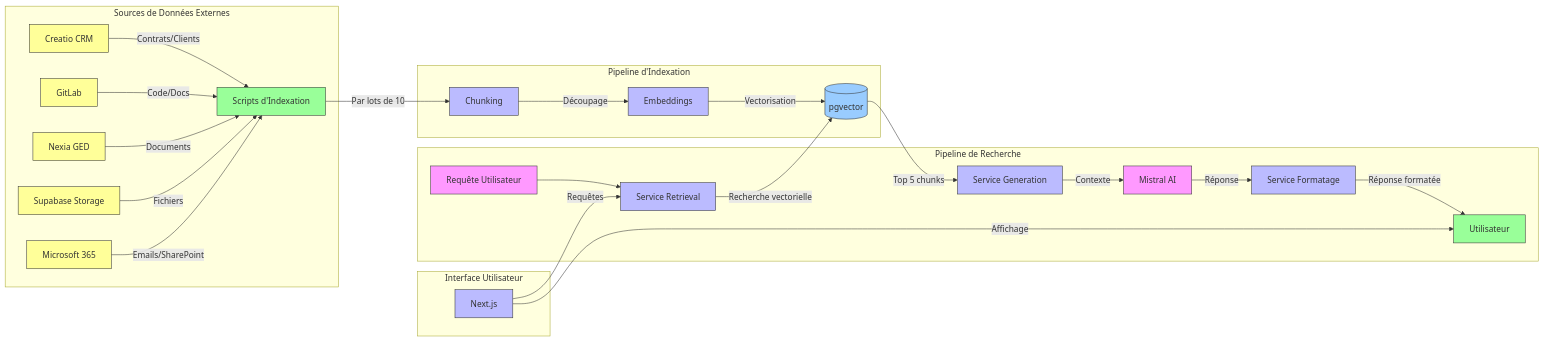
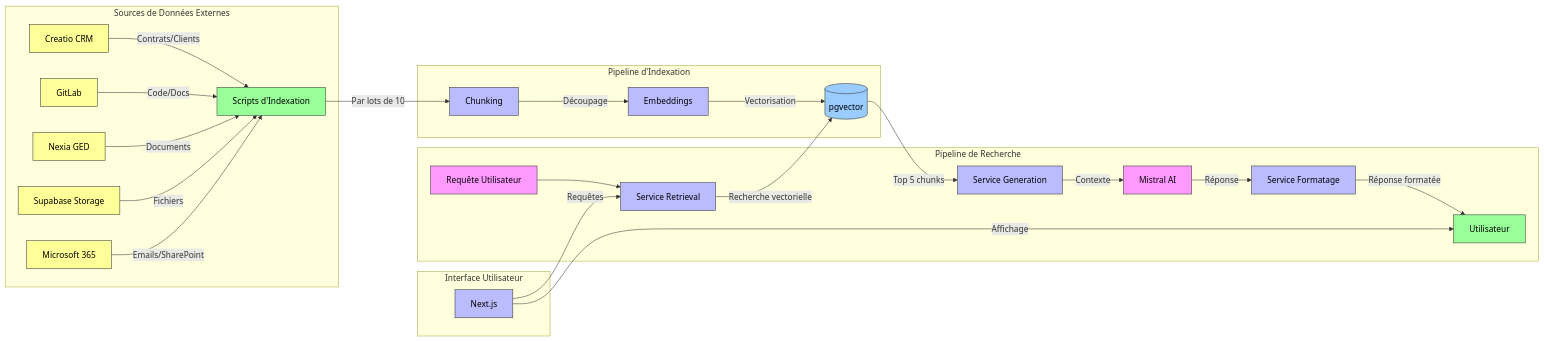
The eighth of 8 diagrams in docs/NexiaMindAi-Synthèse.md (Netchard/NexiaMindAi), drawn with Mermaid before and after one commit. The commit also changed other lines of this file and 44 other files, not shown here.

````diff
--- a/docs/NexiaMindAi-Synthèse.md
+++ b/docs/NexiaMindAi-Synthèse.md
@@ -564,47 +564,47 @@
 ```mermaid
 flowchart LR
     subgraph Sources["Sources de Données Externes"]
     A1[Creatio CRM] -->|Contrats/Clients| B
     A2[GitLab] -->|Code/Docs| B
     A3[Nexia GED] -->|Documents| B
     A4[Supabase Storage] -->|Fichiers| B
     A5[Microsoft 365] -->|Emails/SharePoint| B
     end
     
     subgraph Indexation["Pipeline d'Indexation"]
     B[Scripts d'Indexation] -->|Par lots de 10| C[Chunking]
     C -->|Découpage| D[Embeddings]
     D -->|Vectorisation| E[(pgvector)]
     end
     
     subgraph Recherche["Pipeline de Recherche"]
     F[Requête Utilisateur] --> G[Service Retrieval]
     G -->|Recherche vectorielle| E
     E -->|Top 5 chunks| H[Service Generation]
     H -->|Contexte| I[Mistral AI]
     I -->|Réponse| J[Service Formatage]
     J -->|Réponse formatée| K[Utilisateur]
     end
     
     subgraph UI["Interface Utilisateur"]
     L[Next.js] -->|Requêtes| G
     L -->|Affichage| K
     end
     
-    style A1 fill:#ff9,stroke:#333
-    style A2 fill:#ff9,stroke:#333
-    style A3 fill:#ff9,stroke:#333
-    style A4 fill:#ff9,stroke:#333
-    style A5 fill:#ff9,stroke:#333
-    style B fill:#9f9,stroke:#333
-    style C fill:#bbf,stroke:#333
-    style D fill:#bbf,stroke:#333
-    style E fill:#9cf,stroke:#333
-    style F fill:#f9f,stroke:#333
-    style G fill:#bbf,stroke:#333
-    style H fill:#bbf,stroke:#333
-    style I fill:#f9f,stroke:#333
-    style J fill:#bbf,stroke:#333
-    style K fill:#9f9,stroke:#333
-    style L fill:#bbf,stroke:#333
+    style A1 fill:#ff9,stroke:#333,color:#000
+    style A2 fill:#ff9,stroke:#333,color:#000
+    style A3 fill:#ff9,stroke:#333,color:#000
+    style A4 fill:#ff9,stroke:#333,color:#000
+    style A5 fill:#ff9,stroke:#333,color:#000
+    style B fill:#9f9,stroke:#333,color:#000
+    style C fill:#bbf,stroke:#333,color:#000
+    style D fill:#bbf,stroke:#333,color:#000
+    style E fill:#9cf,stroke:#333,color:#000
+    style F fill:#f9f,stroke:#333,color:#000
+    style G fill:#bbf,stroke:#333,color:#000
+    style H fill:#bbf,stroke:#333,color:#000
+    style I fill:#f9f,stroke:#333,color:#000
+    style J fill:#bbf,stroke:#333,color:#000
+    style K fill:#9f9,stroke:#333,color:#000
+    style L fill:#bbf,stroke:#333,color:#000
 ```
````
